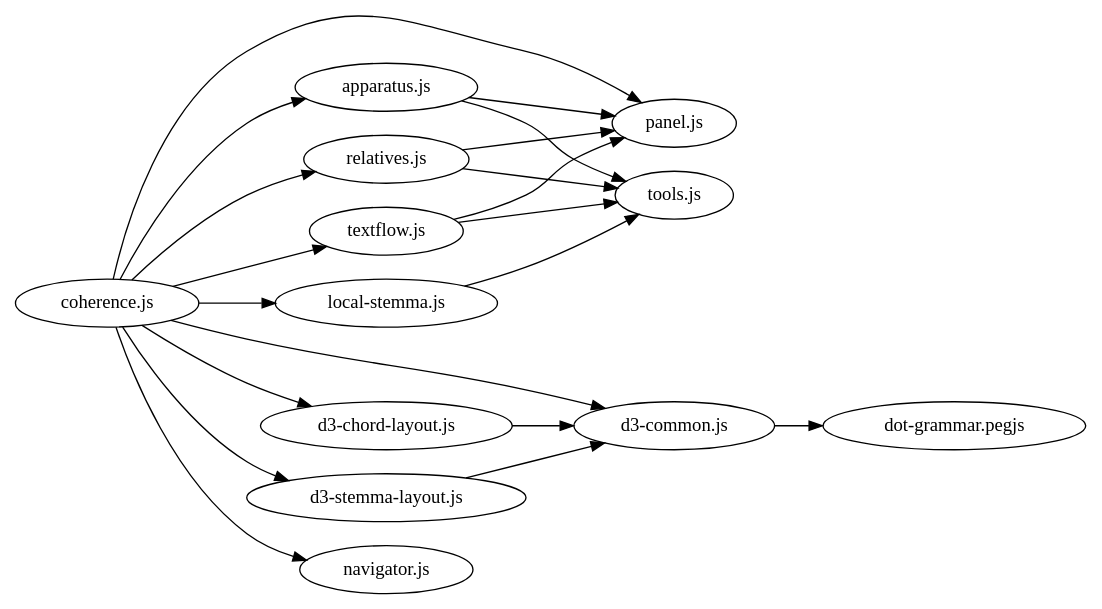
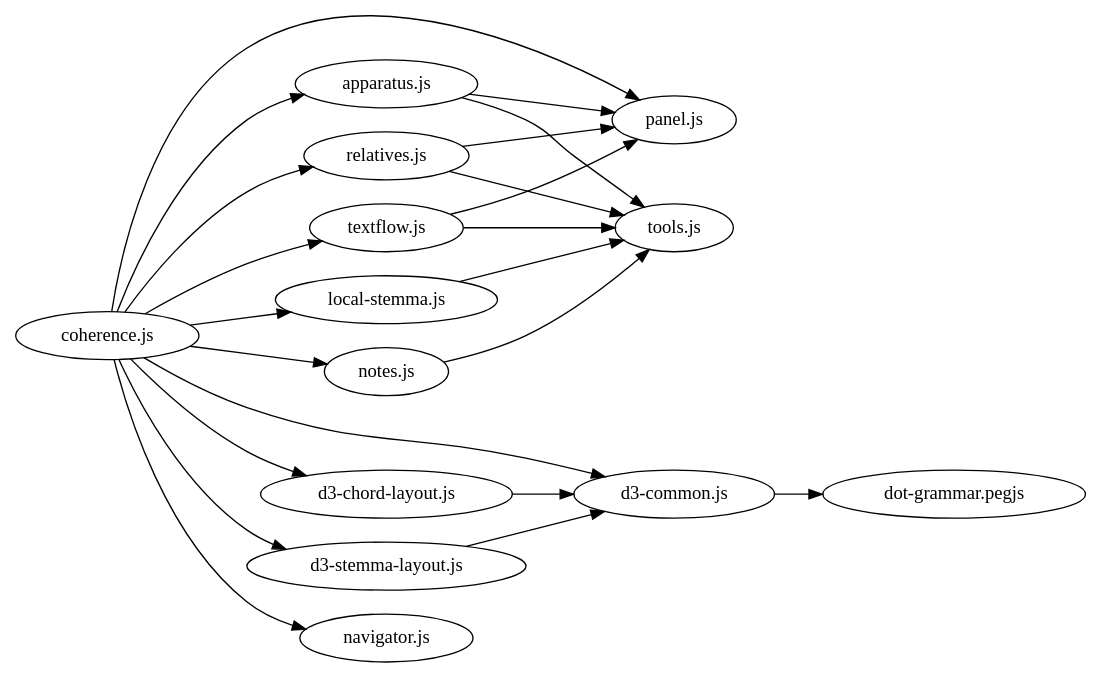
The diagram in doc_src/coherence.nolibs.jsgraph.dot (cceh/ntg), drawn with Graphviz before and after one commit. The commit also changed 48 other files, not shown here.

```diff
--- a/doc_src/coherence.nolibs.jsgraph.dot
+++ b/doc_src/coherence.nolibs.jsgraph.dot
@@ -1,72 +1,77 @@
 digraph G {
 graph [rankdir="LR"]
 
 
 
 
 
 
 
 
   "apparatus.js";
   "panel.js";
   "tools.js";
   "coherence.js";
   "d3-chord-layout.js";
   "d3-common.js";
   "d3-stemma-layout.js";
   "local-stemma.js";
   "navigator.js";
+  "notes.js";
   "relatives.js";
   "textflow.js";
   "dot-grammar.pegjs";
 
 
 
 
   "apparatus.js" -> "panel.js";
   "apparatus.js" -> "tools.js";
 
   "coherence.js" -> "apparatus.js";
   "coherence.js" -> "d3-chord-layout.js";
   "coherence.js" -> "d3-common.js";
   "coherence.js" -> "d3-stemma-layout.js";
   "coherence.js" -> "local-stemma.js";
   "coherence.js" -> "navigator.js";
+  "coherence.js" -> "notes.js";
   "coherence.js" -> "panel.js";
   "coherence.js" -> "relatives.js";
   "coherence.js" -> "textflow.js";
 
 
 
   "d3-chord-layout.js" -> "d3-common.js";
 
 
 
 
   "d3-common.js" -> "dot-grammar.pegjs";
 
 
 
   "d3-stemma-layout.js" -> "d3-common.js";
 
 
 
   "local-stemma.js" -> "tools.js";
 
 
 
 
 
+  "notes.js" -> "tools.js";
+
 
 
 
 
 
   "relatives.js" -> "panel.js";
   "relatives.js" -> "tools.js";
 
 
   "textflow.js" -> "panel.js";
   "textflow.js" -> "tools.js";
+
 }
```
